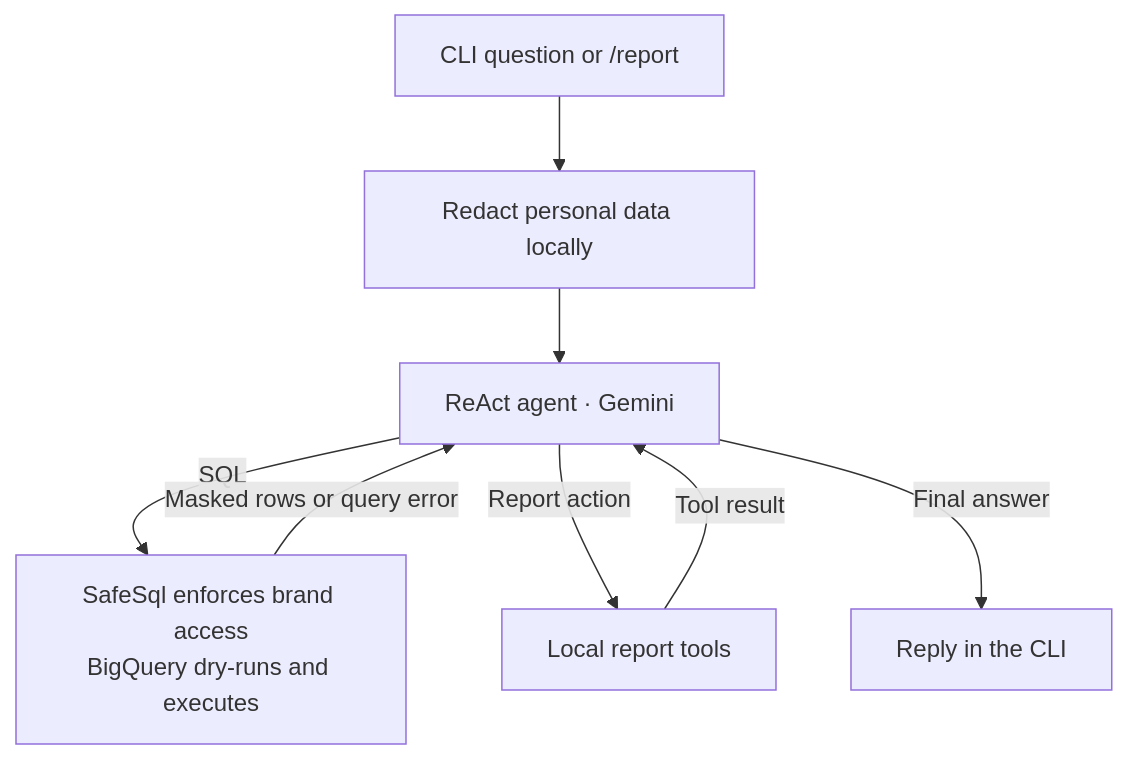
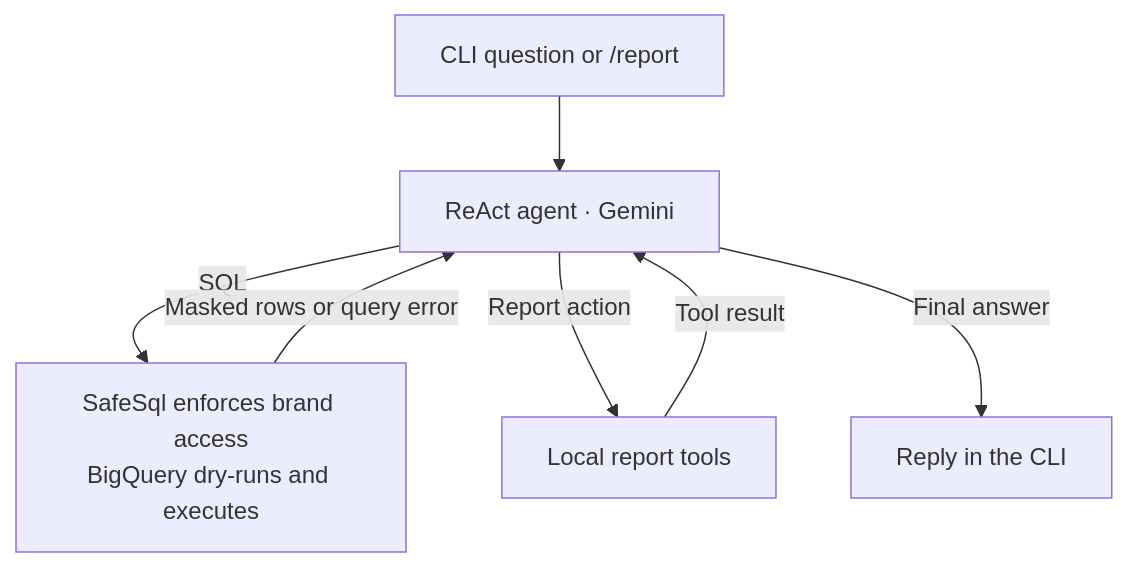
One commit to n3moy/retail-ai-agent changed the diagram in README.md. Above: the diagram before and after it, drawn with Mermaid.

Commit message:
upd readme

````diff
--- a/README.md
+++ b/README.md
@@ -9,10 +9,9 @@
 ```mermaid
 flowchart TD
-    Q["CLI question or /report"] --> P["Redact personal data locally"]
-    P --> A["ReAct agent · Gemini"]
+    Q["CLI question or /report"] --> A["ReAct agent · Gemini"]
     A -->|SQL| B["SafeSql enforces brand access<br/>BigQuery dry-runs and executes"]
     B -->|Masked rows or query error| A
     A -->|Report action| T["Local report tools"]
     T -->|Tool result| A
     A -->|Final answer| R["Reply in the CLI"]
 ```
````
